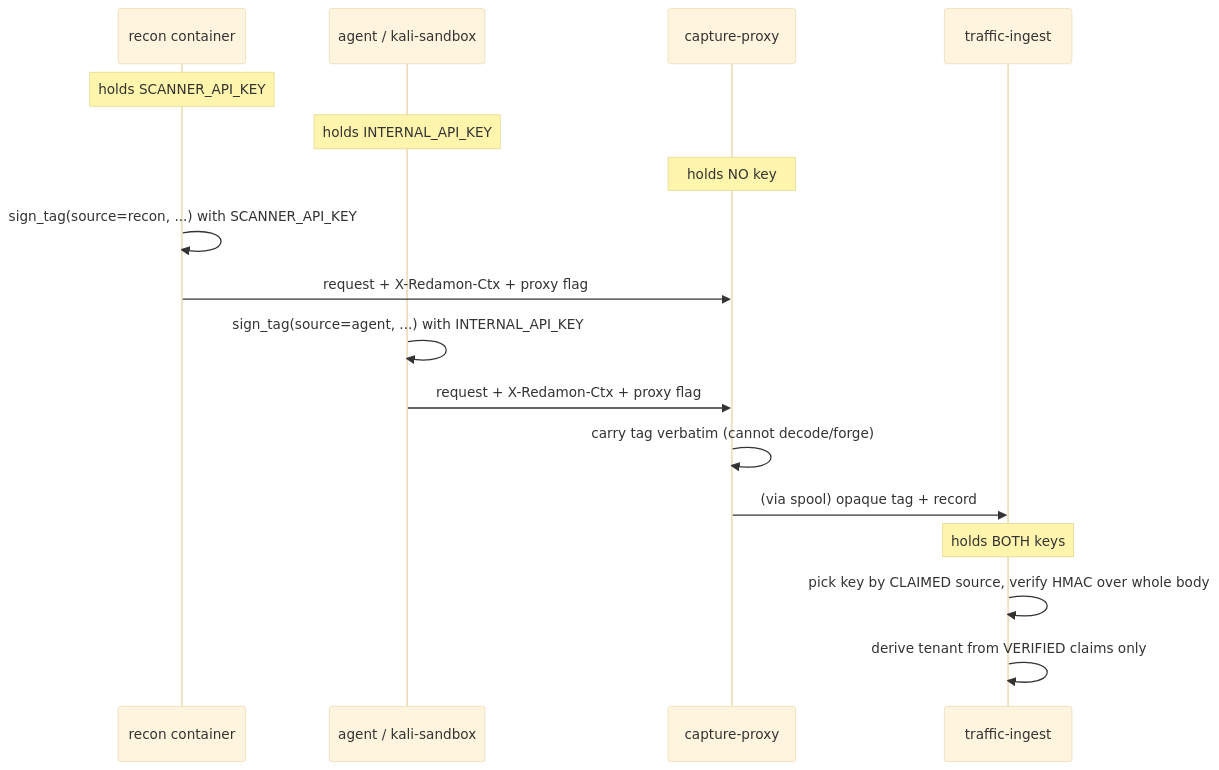
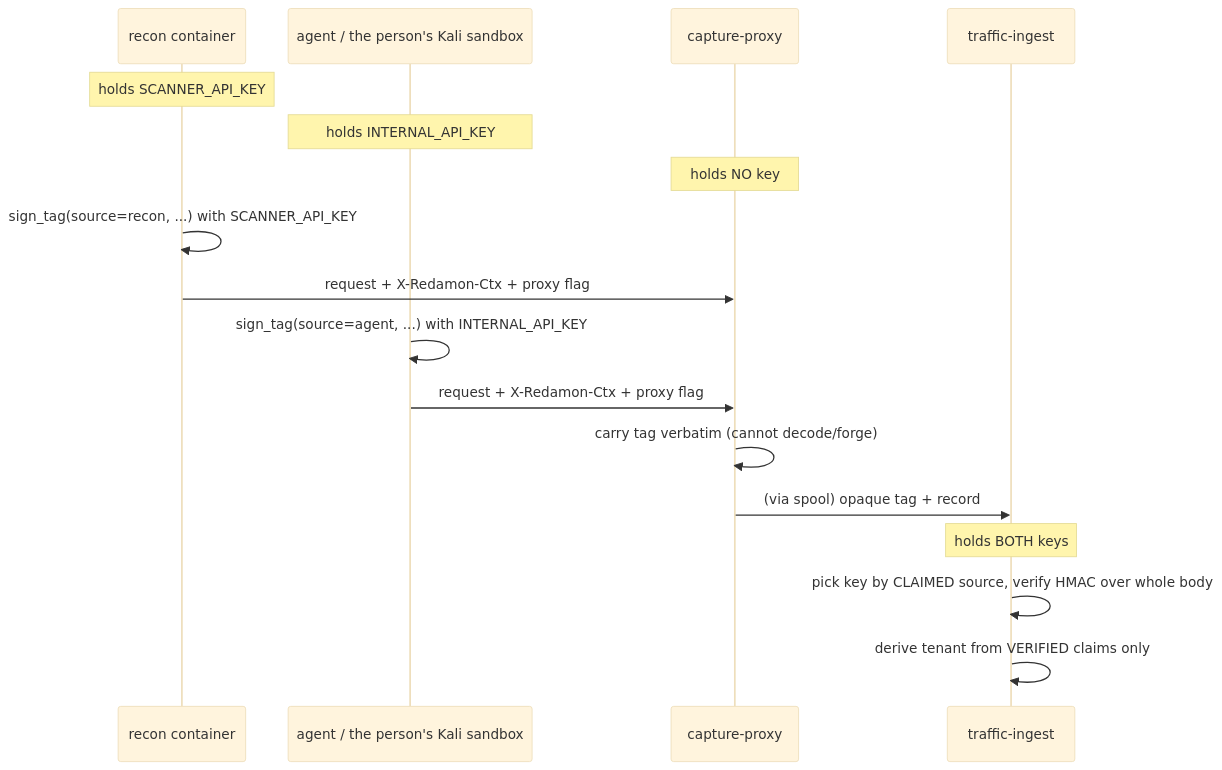
The second of 14 diagrams in docs/readmes/README.TRAFFIC.md (samugit83/redamon), drawn with Mermaid (base theme) before and after one commit. The commit also changed other lines of this file and 52 other files, not shown here.

First line of the commit message:
docs(sandbox): per-user Kali sandboxes across docs, wiki and agent rules (group 1)

````diff
--- a/docs/readmes/README.TRAFFIC.md
+++ b/docs/readmes/README.TRAFFIC.md
@@ -179,23 +180,23 @@
 ```mermaid
 sequenceDiagram
     participant Recon as recon container
-    participant Agent as agent / kali-sandbox
+    participant Agent as agent / the person's Kali sandbox
     participant Proxy as capture-proxy
     participant Ingest as traffic-ingest
 
     Note over Recon: holds SCANNER_API_KEY
     Note over Agent: holds INTERNAL_API_KEY
     Note over Proxy: holds NO key
 
     Recon->>Recon: sign_tag(source=recon, ...) with SCANNER_API_KEY
     Recon->>Proxy: request + X-Redamon-Ctx + proxy flag
     Agent->>Agent: sign_tag(source=agent, ...) with INTERNAL_API_KEY
     Agent->>Proxy: request + X-Redamon-Ctx + proxy flag
 
     Proxy->>Proxy: carry tag verbatim (cannot decode/forge)
     Proxy->>Ingest: (via spool) opaque tag + record
 
     Note over Ingest: holds BOTH keys
     Ingest->>Ingest: pick key by CLAIMED source, verify HMAC over whole body
     Ingest->>Ingest: derive tenant from VERIFIED claims only
 ```
````
